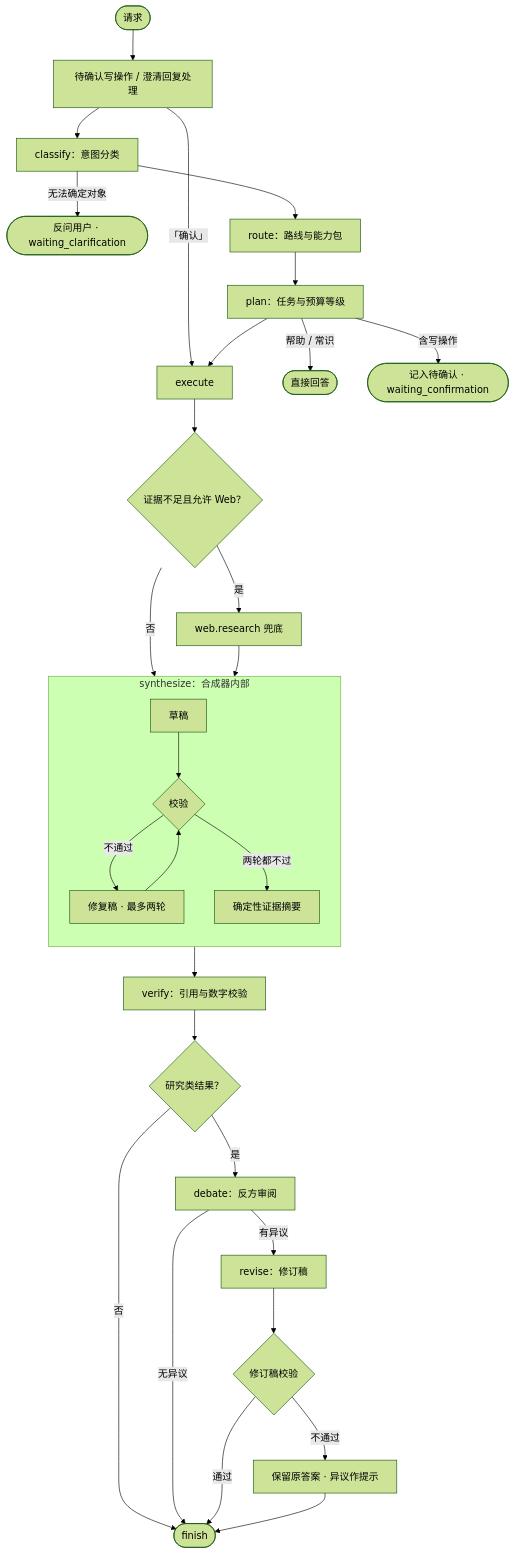
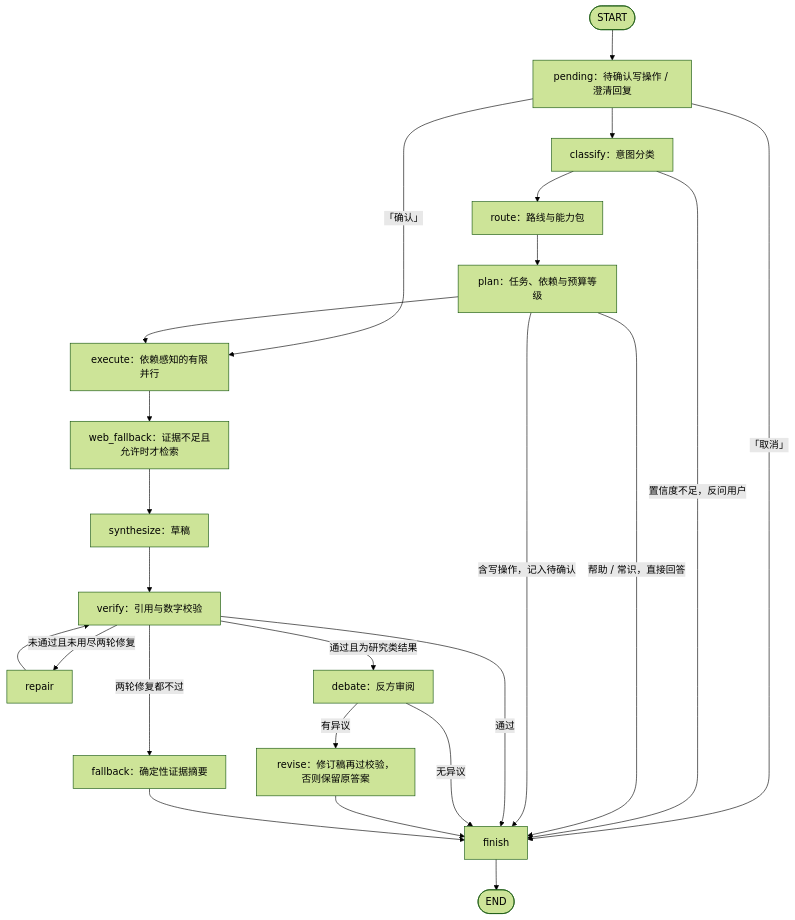
One commit to YuhanWang03/market-intelligence-workbench changed the second of 3 diagrams in README.md. Above: the diagram before and after it, drawn with Mermaid (forest theme). The commit also changed other lines of this file and 1 other file, not shown here.

Commit message:
docs: the V2 flow diagram in the same form as V3's
One flat flowchart with stage names from the code, one START and one END,
conditions on the edges. The synthesizer's inner loop (draft, verify,
repair, deterministic fallback) is drawn as stages like V3's graph nodes
and the note under the diagram says where it lives. Rendered with
Mermaid 11 before committing.

````diff
--- a/README.md
+++ b/README.md
@@ -177,33 +177,26 @@
 ```mermaid
 flowchart TD
-    A([请求]) --> P0[待确认写操作 / 澄清回复处理]
-    P0 -- 「确认」--> X[execute]
-    P0 --> C[classify：意图分类]
-    C -- 无法确定对象 --> ASK([反问用户 · waiting_clarification])
+    A([START]) --> PD[pending：待确认写操作 / 澄清回复]
+    PD -- 「确认」 --> X
+    PD -- 「取消」 --> FIN
+    PD --> C[classify：意图分类]
+    C -- 置信度不足，反问用户 --> FIN
     C --> R[route：路线与能力包]
-    R --> PL[plan：任务与预算等级]
-    PL -- 帮助 / 常识 --> D([直接回答])
-    PL -- 含写操作 --> W([记入待确认 · waiting_confirmation])
-    PL --> X
-    X --> WF{证据不足且允许 Web？}
-    WF -- 是 --> WEB[web.research 兜底]
-    WF -- 否 --> S
-    WEB --> S
-    subgraph S [synthesize：合成器内部]
-        direction TB
-        S1[草稿] --> S2{校验}
-        S2 -- 不通过 --> S3[修复稿 · 最多两轮]
-        S3 --> S2
-        S2 -- 两轮都不过 --> S4[确定性证据摘要]
-    end
+    R --> P[plan：任务、依赖与预算等级]
+    P -- 帮助 / 常识，直接回答 --> FIN
+    P -- 含写操作，记入待确认 --> FIN
+    P --> X[execute：依赖感知的有限并行]
+    X --> WF[web_fallback：证据不足且允许时才检索]
+    WF --> S[synthesize：草稿]
     S --> V[verify：引用与数字校验]
-    V --> G{研究类结果？}
-    G -- 否 --> F([finish])
-    G -- 是 --> DB[debate：反方审阅]
-    DB -- 无异议 --> F
-    DB -- 有异议 --> RV[revise：修订稿]
-    RV --> V2{修订稿校验}
-    V2 -- 通过 --> F
-    V2 -- 不通过 --> KEEP[保留原答案 · 异议作提示]
-    KEEP --> F
+    V -- 未通过且未用尽两轮修复 --> RP[repair]
+    RP --> V
+    V -- 两轮修复都不过 --> FB[fallback：确定性证据摘要]
+    V -- 通过且为研究类结果 --> DB[debate：反方审阅]
+    V -- 通过 --> FIN[finish]
+    DB -- 无异议 --> FIN
+    DB -- 有异议 --> RV[revise：修订稿再过校验，否则保留原答案]
+    RV --> FIN
+    FB --> FIN
+    FIN --> E([END])
 ```
````
